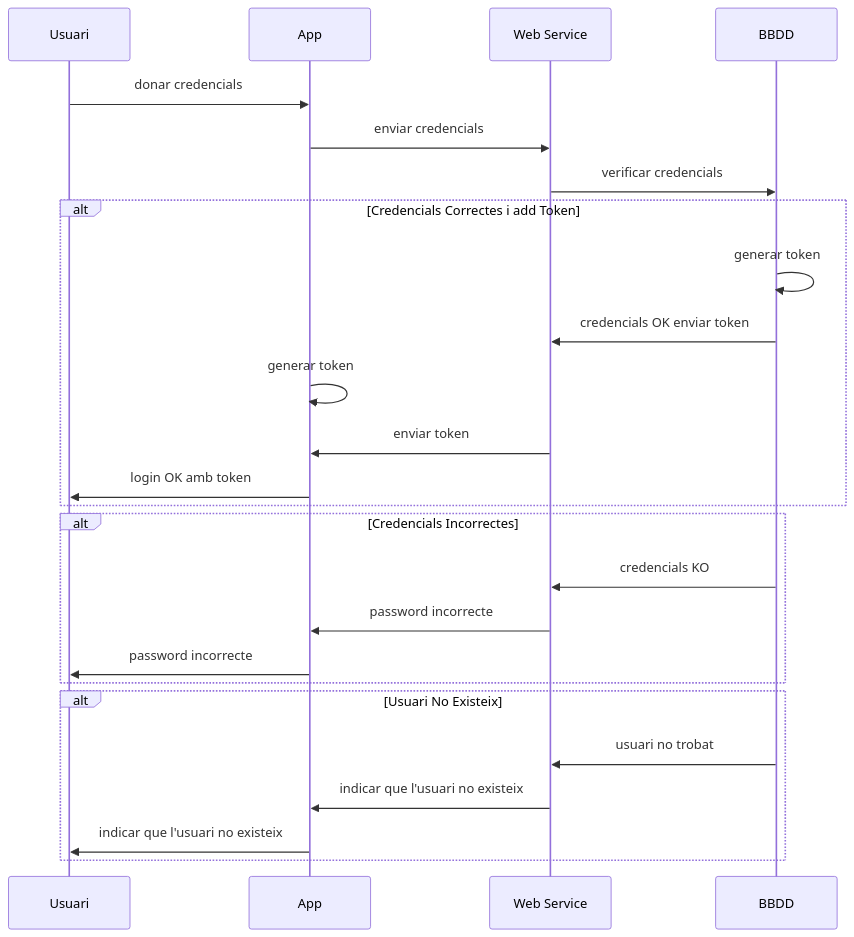
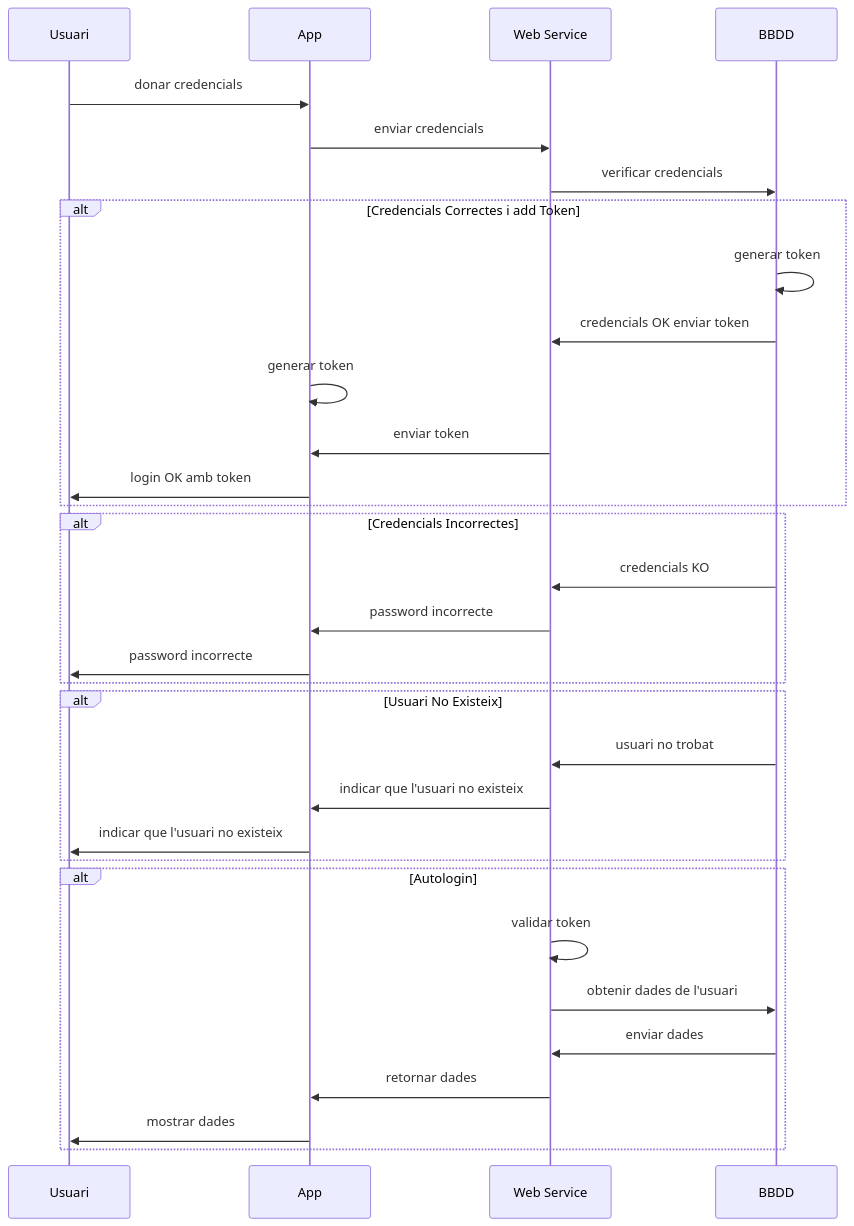
One commit to dnwits/TapatApp changed the diagram in prototip3/dgrm_seq_login.mermaid. Above: the diagram before and after it, drawn with Mermaid.

Commit message:
autologin

```diff
--- a/prototip3/dgrm_seq_login.mermaid
+++ b/prototip3/dgrm_seq_login.mermaid
@@ -1,25 +1,32 @@
 sequenceDiagram
     participant u as Usuari
     participant a as App
     participant s as Web Service
     participant b as BBDD
     u->>a: donar credencials
     a->>s: enviar credencials
     s->>b: verificar credencials
     alt Credencials Correctes i add Token
         b->>b: generar token
         b->>s: credencials OK enviar token
         a->>a: generar token
         s->>a: enviar token
         a->>u: login OK amb token
     end   
     alt Credencials Incorrectes
         b->>s: credencials KO
         s->>a: password incorrecte
         a->>u: password incorrecte
     end
     alt Usuari No Existeix
         b->>s: usuari no trobat
         s->>a: indicar que l'usuari no existeix
         a->>u: indicar que l'usuari no existeix
     end
+    alt Autologin
+        s->>s: validar token
+        s->>b: obtenir dades de l'usuari
+        b->>s: enviar dades
+        s->>a: retornar dades
+        a->>u: mostrar dades
+    end
```
